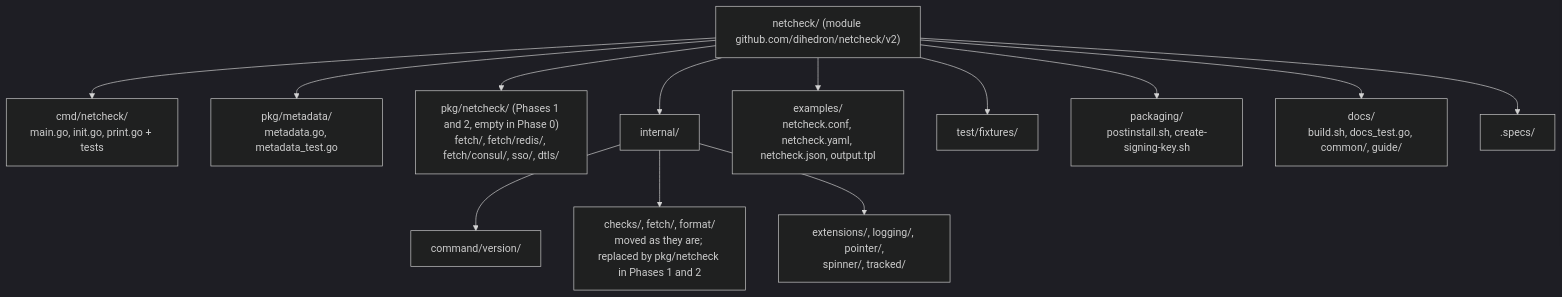
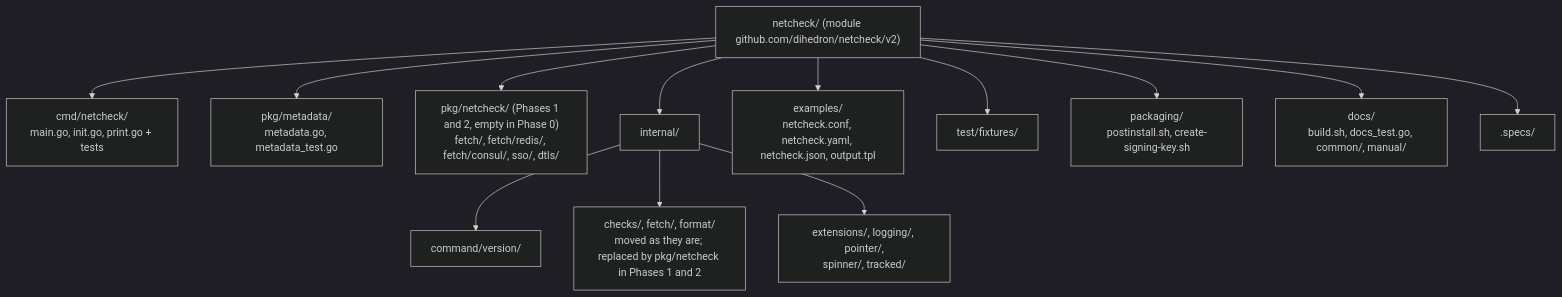
One commit to dihedron/netcheck changed the diagram in .specs/netcheck-restructure.md. Above: the diagram before and after it, drawn with Mermaid (dark theme). The commit also changed other lines of this file and 34 other files, not shown here.

First line of the commit message:
Phase 3: one manual, library examples, stress test, acceptance audit

````diff
--- a/.specs/netcheck-restructure.md
+++ b/.specs/netcheck-restructure.md
@@ -25,16 +25,16 @@
 ```mermaid
 flowchart TD
     Root["netcheck/ (module github.com/dihedron/netcheck/v2)"]
     Root --> Cmd["cmd/netcheck/<br/>main.go, init.go, print.go + tests"]
     Root --> Pkg["pkg/metadata/<br/>metadata.go, metadata_test.go"]
     Root --> Lib["pkg/netcheck/ (Phases 1 and 2, empty in Phase 0)<br/>fetch/, fetch/redis/, fetch/consul/, sso/, dtls/"]
     Root --> Internal["internal/"]
     Internal --> CmdVer["command/version/"]
     Internal --> Legacy["checks/, fetch/, format/<br/>moved as they are; replaced by pkg/netcheck in Phases 1 and 2"]
     Internal --> Support["extensions/, logging/, pointer/,<br/>spinner/, tracked/"]
     Root --> Examples["examples/<br/>netcheck.conf, netcheck.yaml, netcheck.json, output.tpl"]
     Root --> Test["test/fixtures/"]
     Root --> Packaging["packaging/<br/>postinstall.sh, create-signing-key.sh"]
-    Root --> Docs["docs/<br/>build.sh, docs_test.go, common/, guide/"]
+    Root --> Docs["docs/<br/>build.sh, docs_test.go, common/, manual/"]
     Root --> Specs[".specs/"]
 ```
````
